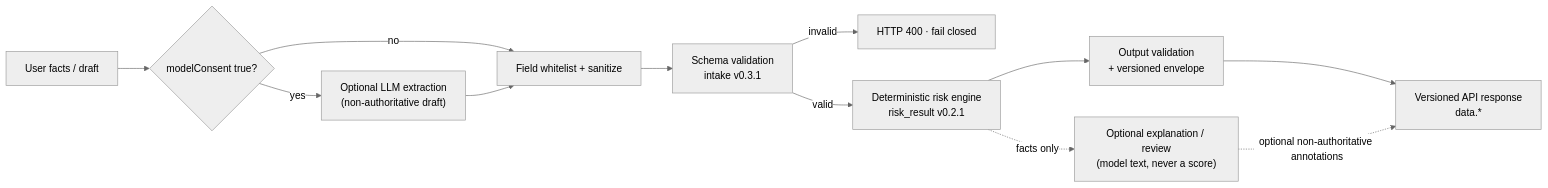
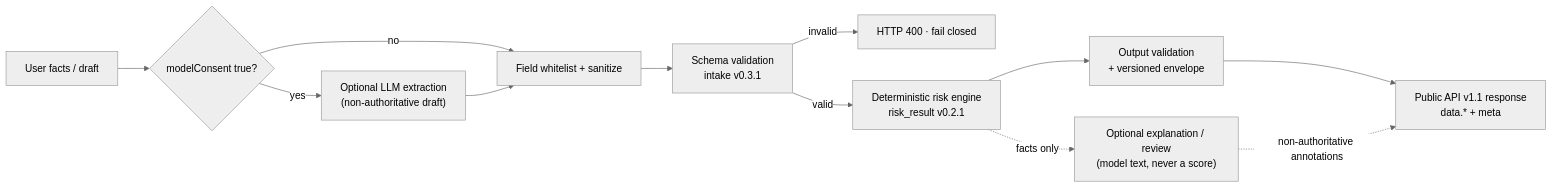
One commit to Anhao1314/flowcredit changed the diagram in README.md. Above: the diagram before and after it, drawn with Mermaid (neutral theme). The commit also changed other lines of this file and 89 other files, not shown here.

````diff
--- a/README.md
+++ b/README.md
@@ -20,14 +26,14 @@
 ```mermaid
 flowchart LR
   A["User facts / draft"] --> B{"modelConsent true?"}
   B -->|no| D["Field whitelist + sanitize"]
   B -->|yes| C["Optional LLM extraction<br/>(non-authoritative draft)"]
   C --> D
   D --> E["Schema validation<br/>intake v0.3.1"]
   E -->|invalid| X["HTTP 400 · fail closed"]
   E -->|valid| F["Deterministic risk engine<br/>risk_result v0.2.1"]
   F --> G["Output validation<br/>+ versioned envelope"]
-  G --> H["Versioned API response<br/>data.*"]
+  G --> H["Public API v1.1 response<br/>data.* + meta"]
   F -.->|"facts only"| I["Optional explanation / review<br/>(model text, never a score)"]
-  I -.->|"optional non-authoritative annotations"| H
+  I -.->|"non-authoritative annotations"| H
 ```
````
